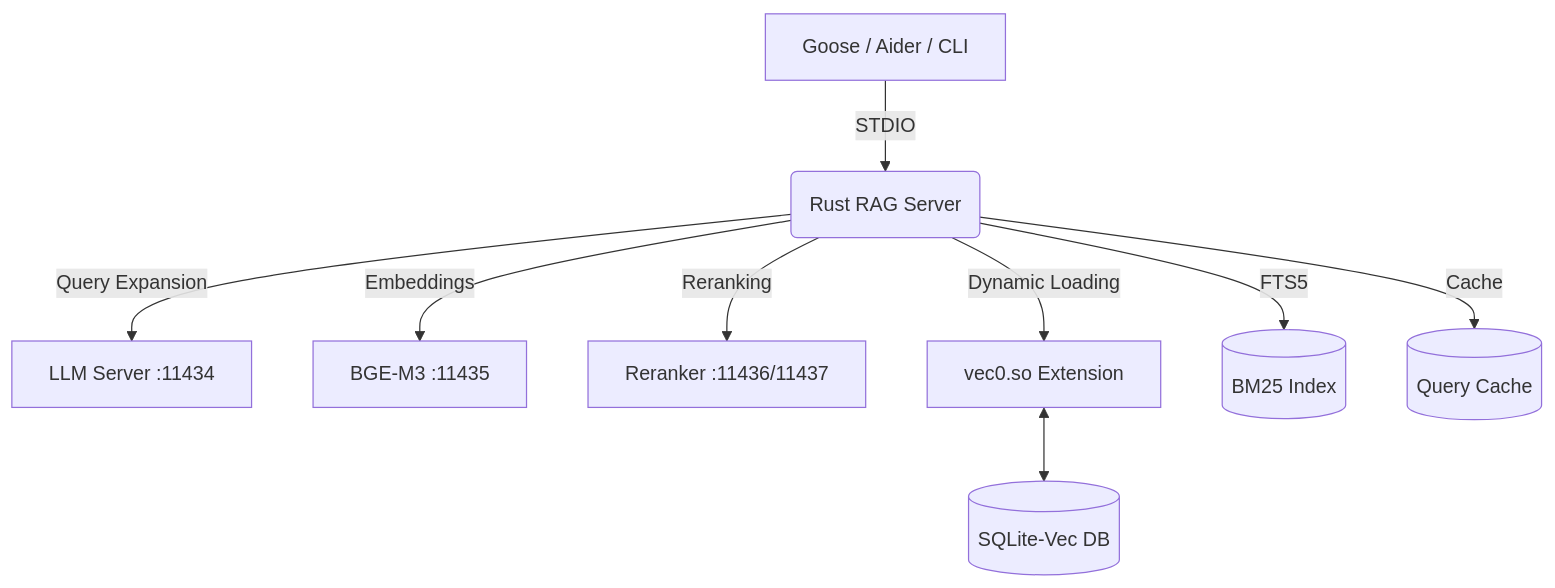
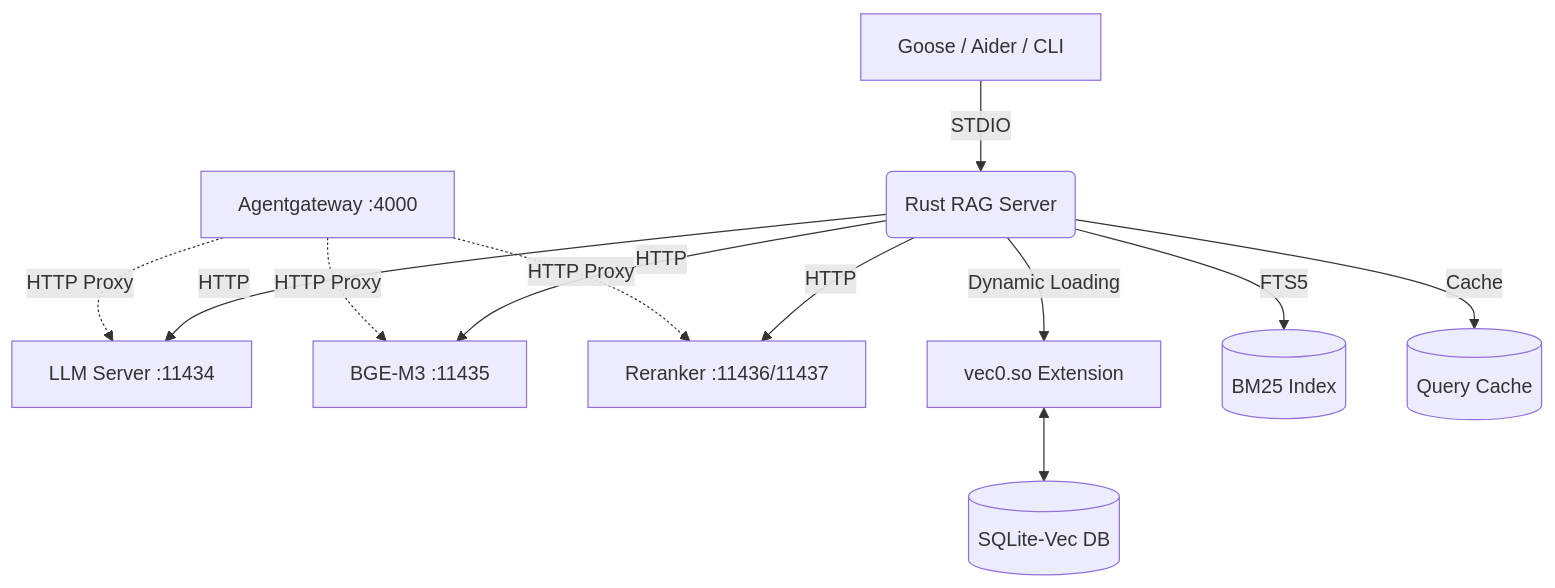
The diagram in README.md (bengtfrost/rag-server), drawn with Mermaid before and after one commit. The commit also changed other lines of this file, not shown here.

````diff
--- a/README.md
+++ b/README.md
@@ -29,11 +34,14 @@
 ```mermaid
 graph TD
     A[Goose / Aider / CLI] -->|STDIO| B(Rust RAG Server)
-    B -->|Query Expansion| C[LLM Server :11434]
-    B -->|Embeddings| D[BGE-M3 :11435]
-    B -->|Reranking| E[Reranker :11436/11437]
+    B -->|HTTP| C[LLM Server :11434]
+    B -->|HTTP| D[BGE-M3 :11435]
+    B -->|HTTP| E[Reranker :11436/11437]
     B -->|Dynamic Loading| F[vec0.so Extension]
     F <--> G[(SQLite-Vec DB)]
     B -->|FTS5| H[(BM25 Index)]
     B -->|Cache| I[(Query Cache)]
+    J[Agentgateway :4000] -.->|HTTP Proxy| C
+    J -.->|HTTP Proxy| D
+    J -.->|HTTP Proxy| E
 ```
````
